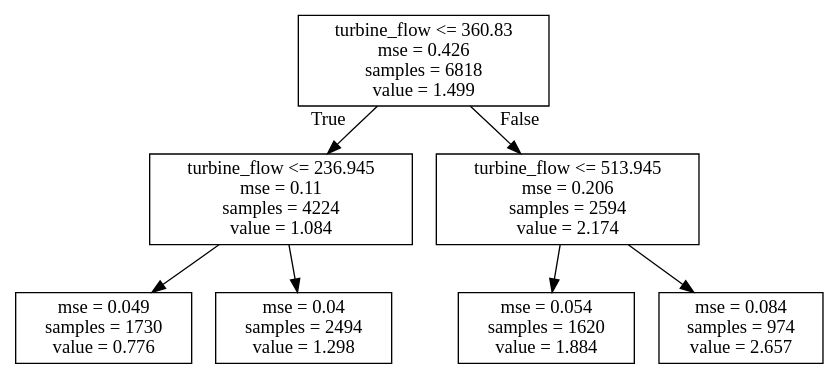
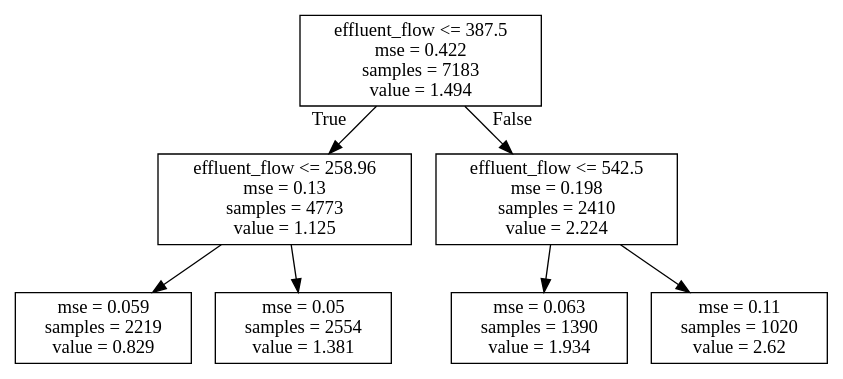
The diagram in Data Exploration/Decision_Trees/regr_tree.dot (cameronthieme/IMAbootcamp2021), drawn with Graphviz before and after one commit. The commit also changed 15 other files, not shown here.

```diff
--- a/Data Exploration/Decision_Trees/regr_tree.dot
+++ b/Data Exploration/Decision_Trees/regr_tree.dot
@@ -1,16 +1,16 @@
 digraph Tree {
 node [shape=box] ;
-0 [label="turbine_flow <= 360.83\nmse = 0.426\nsamples = 6818\nvalue = 1.499"] ;
-1 [label="turbine_flow <= 236.945\nmse = 0.11\nsamples = 4224\nvalue = 1.084"] ;
+0 [label="effluent_flow <= 387.5\nmse = 0.422\nsamples = 7183\nvalue = 1.494"] ;
+1 [label="effluent_flow <= 258.96\nmse = 0.13\nsamples = 4773\nvalue = 1.125"] ;
 0 -> 1 [labeldistance=2.5, labelangle=45, headlabel="True"] ;
-2 [label="mse = 0.049\nsamples = 1730\nvalue = 0.776"] ;
+2 [label="mse = 0.059\nsamples = 2219\nvalue = 0.829"] ;
 1 -> 2 ;
-3 [label="mse = 0.04\nsamples = 2494\nvalue = 1.298"] ;
+3 [label="mse = 0.05\nsamples = 2554\nvalue = 1.381"] ;
 1 -> 3 ;
-4 [label="turbine_flow <= 513.945\nmse = 0.206\nsamples = 2594\nvalue = 2.174"] ;
+4 [label="effluent_flow <= 542.5\nmse = 0.198\nsamples = 2410\nvalue = 2.224"] ;
 0 -> 4 [labeldistance=2.5, labelangle=-45, headlabel="False"] ;
-5 [label="mse = 0.054\nsamples = 1620\nvalue = 1.884"] ;
+5 [label="mse = 0.063\nsamples = 1390\nvalue = 1.934"] ;
 4 -> 5 ;
-6 [label="mse = 0.084\nsamples = 974\nvalue = 2.657"] ;
+6 [label="mse = 0.11\nsamples = 1020\nvalue = 2.62"] ;
 4 -> 6 ;
 }
```
